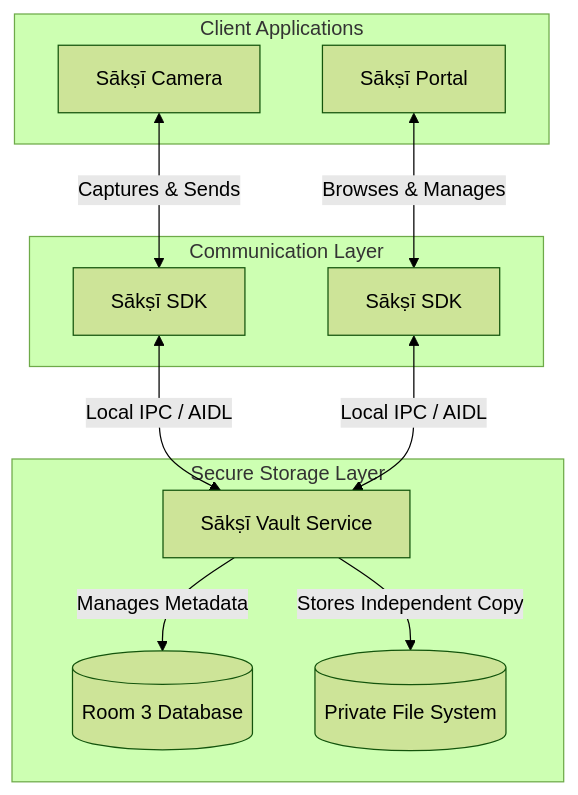
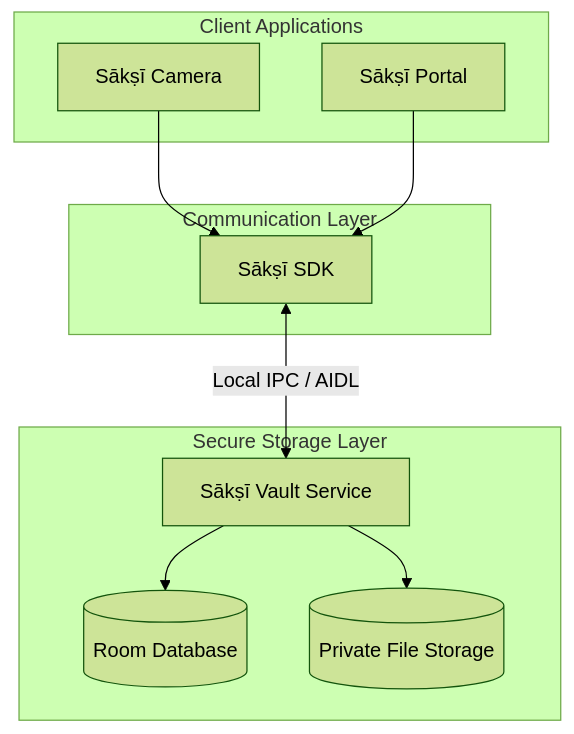
The diagram in 00_docs/getting-started/ecosystem-overview.md (RajnishKMehta/Sakshi-All), drawn with Mermaid (forest theme) before and after one commit. The commit also changed other lines of this file and 1 other file, not shown here.

````diff
--- a/00_docs/getting-started/ecosystem-overview.md
+++ b/00_docs/getting-started/ecosystem-overview.md
@@ -18,27 +17,24 @@
 ```mermaid
 flowchart TD
     subgraph Client Applications
         C[Sākṣī Camera]
         P[Sākṣī Portal]
     end
 
     subgraph Communication Layer
-        SDK1[Sākṣī SDK]
-        SDK2[Sākṣī SDK]
+        SDK[Sākṣī SDK]
     end
 
     subgraph Secure Storage Layer
         V[Sākṣī Vault Service]
-        DB[(Room 3 Database)]
-        FS[(Private File System)]
+        DB[(Room Database)]
+        FS[(Private File Storage)]
     end
 
-    C <-->|Captures & Sends| SDK1
-    P <-->|Browses & Manages| SDK2
+    C & P --> SDK
 
-    SDK1 <-->|Local IPC / AIDL| V
-    SDK2 <-->|Local IPC / AIDL| V
+    SDK <-->|Local IPC / AIDL| V
 
-    V -->|Manages Metadata| DB
-    V -->|Stores Independent Copy| FS
+    V --> DB
+    V --> FS
 ```
````
